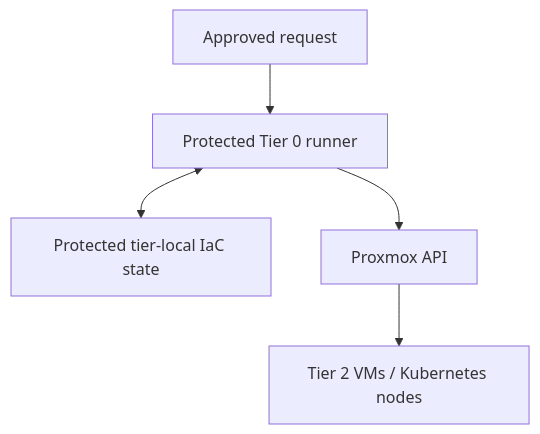
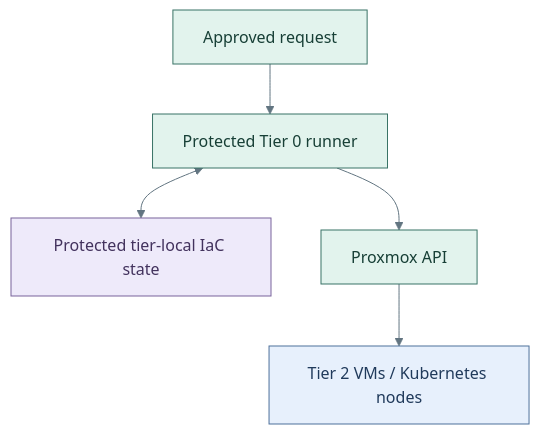
One commit to Rexus/homelab changed the second of 3 diagrams in docs/deployment/stage-6-workloads/README.md. Above: the diagram before and after it, drawn with Mermaid. The commit also changed other lines of this file and 49 other files, not shown here.

Commit message:
docs(diagrams): clarify tier layouts and visual styles

````diff
--- a/docs/deployment/stage-6-workloads/README.md
+++ b/docs/deployment/stage-6-workloads/README.md
@@ -54,6 +62,14 @@
 ```mermaid
+%%{init: {"theme":"base","themeVariables":{"lineColor":"#627581","edgeLabelBackground":"#f8fafc"}}}%%
 flowchart TB
   Gate["Approved request"] --> Runner["Protected Tier 0 runner"]
   Runner <--> State["Protected tier-local IaC state"]
   Runner --> PVE["Proxmox API"] --> Runtime["Tier 2 VMs / Kubernetes nodes"]
+  classDef default fill:#f8fafc,stroke:#64748b,color:#1f2937
+  classDef control fill:#e2f3ed,stroke:#397366,color:#173f36
+  classDef data fill:#eeeafa,stroke:#78639b,color:#42325d
+  classDef services fill:#e7f0fc,stroke:#4d719b,color:#203a5b
+  class Gate,Runner,PVE control
+  class State data
+  class Runtime services
 ```
````
